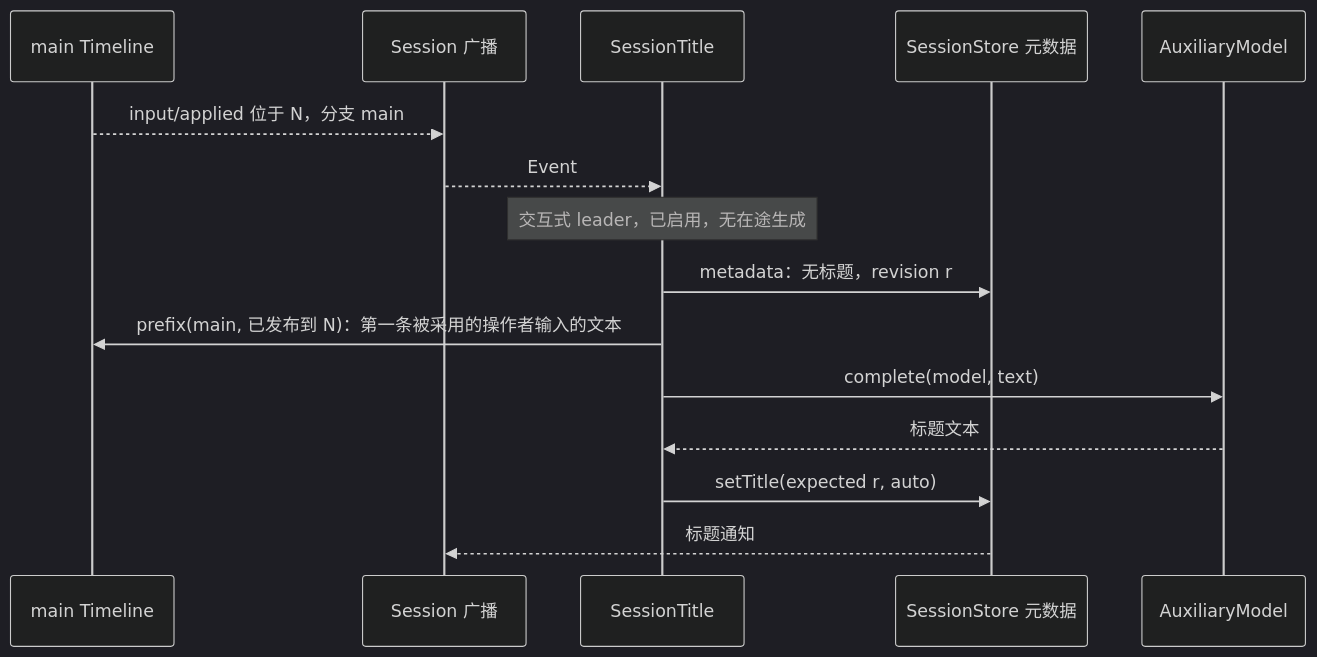
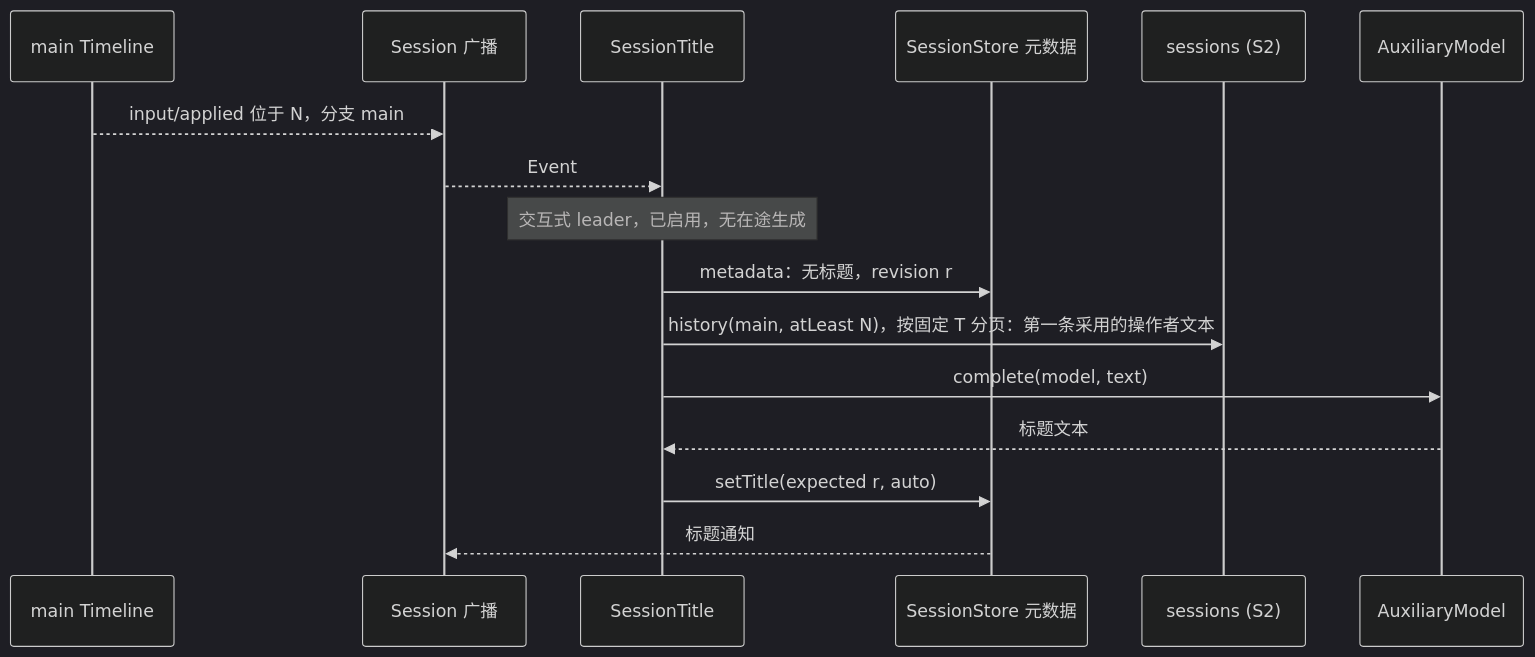
The third of 5 diagrams in docs/zh/design/plugins/SessionTitle.md (CoutinhoTTS/dim-agent), drawn with Mermaid (dark theme) before and after one commit. The commit also changed other lines of this file and 1 other file, not shown here.

Commit message:
docs(session-title): align P4 with delivered observation and history contracts

````diff
--- a/docs/zh/design/plugins/SessionTitle.md
+++ b/docs/zh/design/plugins/SessionTitle.md
@@ -69,17 +105,18 @@
 ```mermaid
 sequenceDiagram
   participant TL as main Timeline
   participant SB as Session 广播
   participant ST as SessionTitle
   participant Meta as SessionStore 元数据
+  participant Sessions as sessions (S2)
   participant Aux as AuxiliaryModel
   TL-->>SB: input/applied 位于 N，分支 main
   SB-->>ST: Event
   Note over ST: 交互式 leader，已启用，无在途生成
   ST->>Meta: metadata：无标题，revision r
-  ST->>TL: prefix(main, 已发布到 N)：第一条被采用的操作者输入的文本
+  ST->>Sessions: history(main, atLeast N)，按固定 T 分页：第一条采用的操作者文本
   ST->>Aux: complete(model, text)
   Aux-->>ST: 标题文本
   ST->>Meta: setTitle(expected r, auto)
   Meta-->>SB: 标题通知
 ```
````
